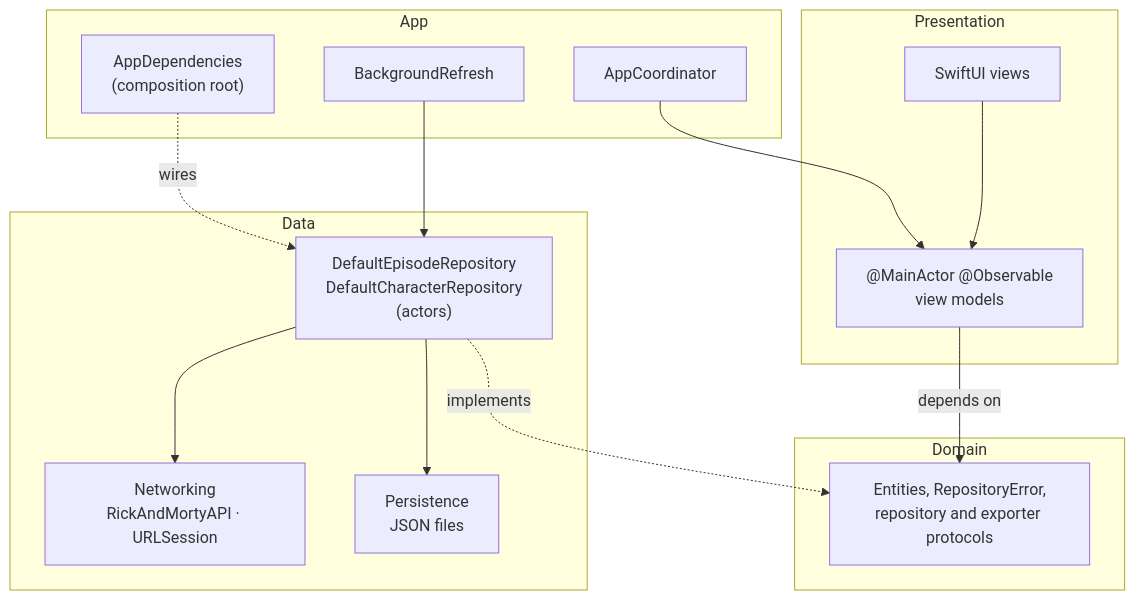
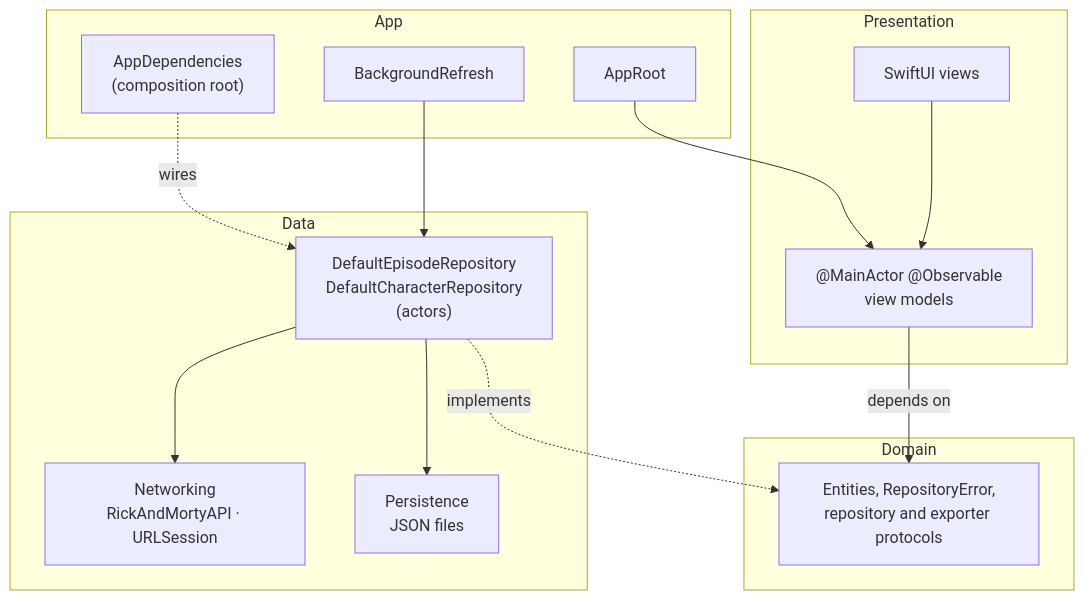
The first of 4 diagrams in docs/architecture.md (felixinjapan/rick-and-morty-episodes), drawn with Mermaid before and after one commit. The commit also changed other lines of this file, not shown here.

Commit message:
Update the architecture doc for AppRoot and the detail portrait loader

````diff
--- a/docs/architecture.md
+++ b/docs/architecture.md
@@ -5,27 +5,27 @@
 ```mermaid
 flowchart TD
     subgraph App
         Deps["AppDependencies<br/>(composition root)"]
-        Coord[AppCoordinator]
+        Root[AppRoot]
         BG[BackgroundRefresh]
     end
     subgraph Presentation
         Views[SwiftUI views] --> VM["@MainActor @Observable<br/>view models"]
     end
     subgraph Domain
         Proto["Entities, RepositoryError,<br/>repository and exporter protocols"]
     end
     subgraph Data
         Repos["DefaultEpisodeRepository<br/>DefaultCharacterRepository<br/>(actors)"]
         Net["Networking<br/>RickAndMortyAPI · URLSession"]
         Store["Persistence<br/>JSON files"]
     end
 
-    Coord --> VM
+    Root --> VM
     VM -->|depends on| Proto
     Repos -.->|implements| Proto
     Repos --> Net
     Repos --> Store
     BG --> Repos
     Deps -.->|wires| Repos
 ```
````
